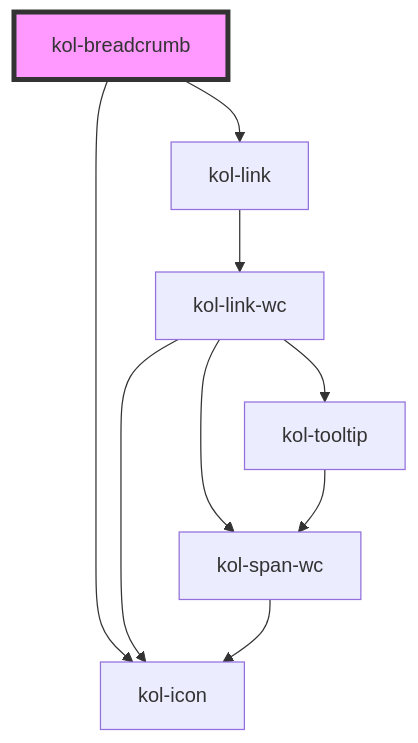
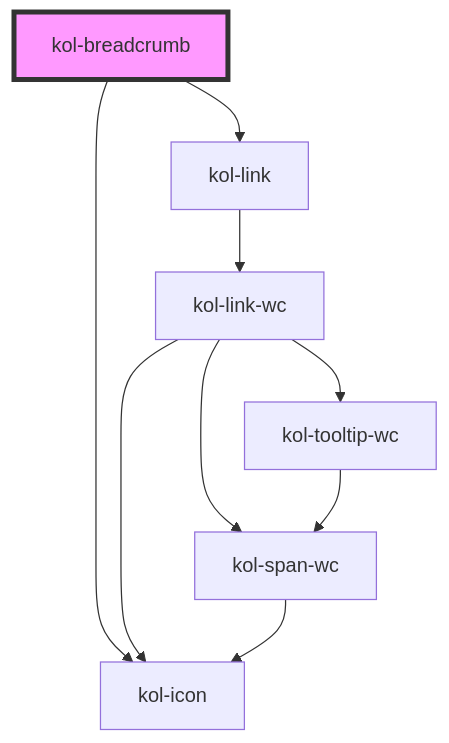
One commit to public-ui/kolibri changed the diagram in packages/components/src/components/breadcrumb/readme.md. Above: the diagram before and after it, drawn with Mermaid. The commit also changed other lines of this file and 99 other files, not shown here.

````diff
--- a/packages/components/src/components/breadcrumb/readme.md
+++ b/packages/components/src/components/breadcrumb/readme.md
@@ -105,12 +105,12 @@
 ```mermaid
 graph TD;
   kol-breadcrumb --> kol-icon
   kol-breadcrumb --> kol-link
   kol-link --> kol-link-wc
   kol-link-wc --> kol-span-wc
   kol-link-wc --> kol-icon
-  kol-link-wc --> kol-tooltip
+  kol-link-wc --> kol-tooltip-wc
   kol-span-wc --> kol-icon
-  kol-tooltip --> kol-span-wc
+  kol-tooltip-wc --> kol-span-wc
   style kol-breadcrumb fill:#f9f,stroke:#333,stroke-width:4px
 ```
````
